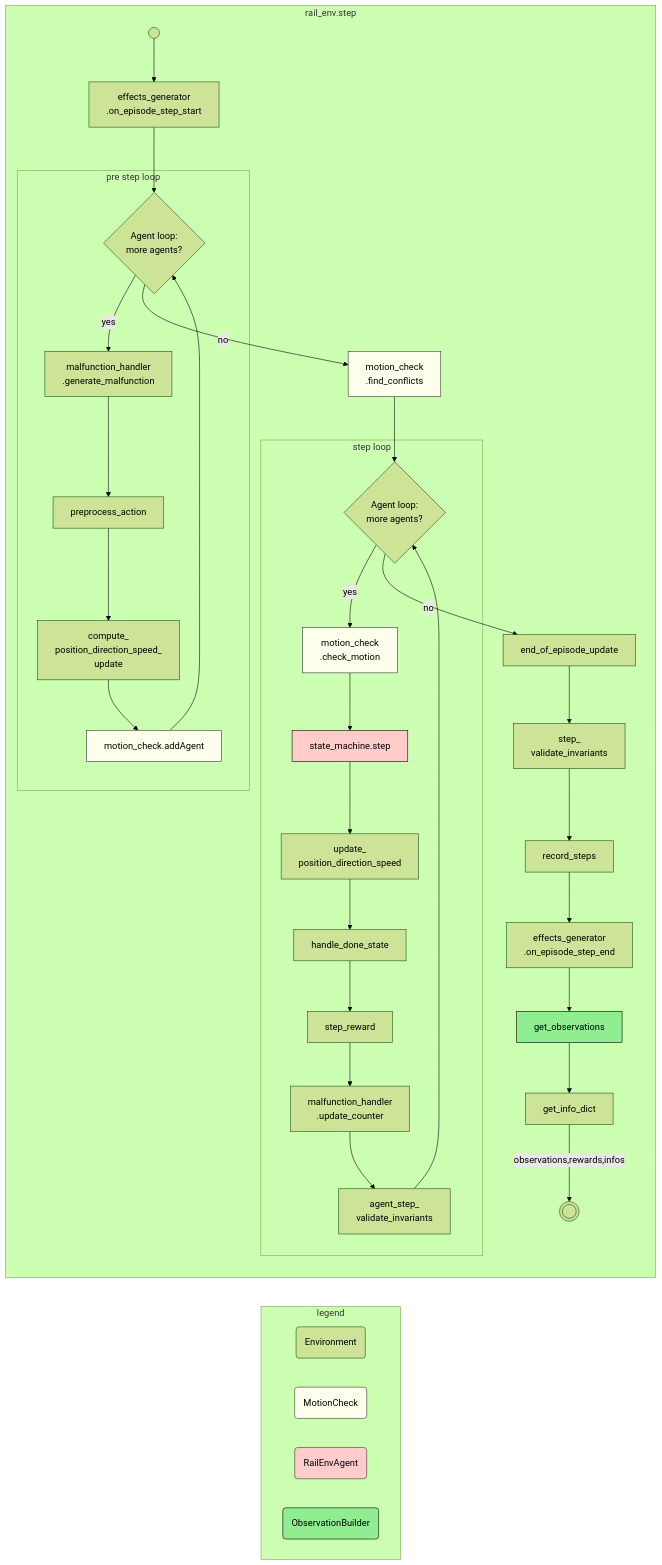
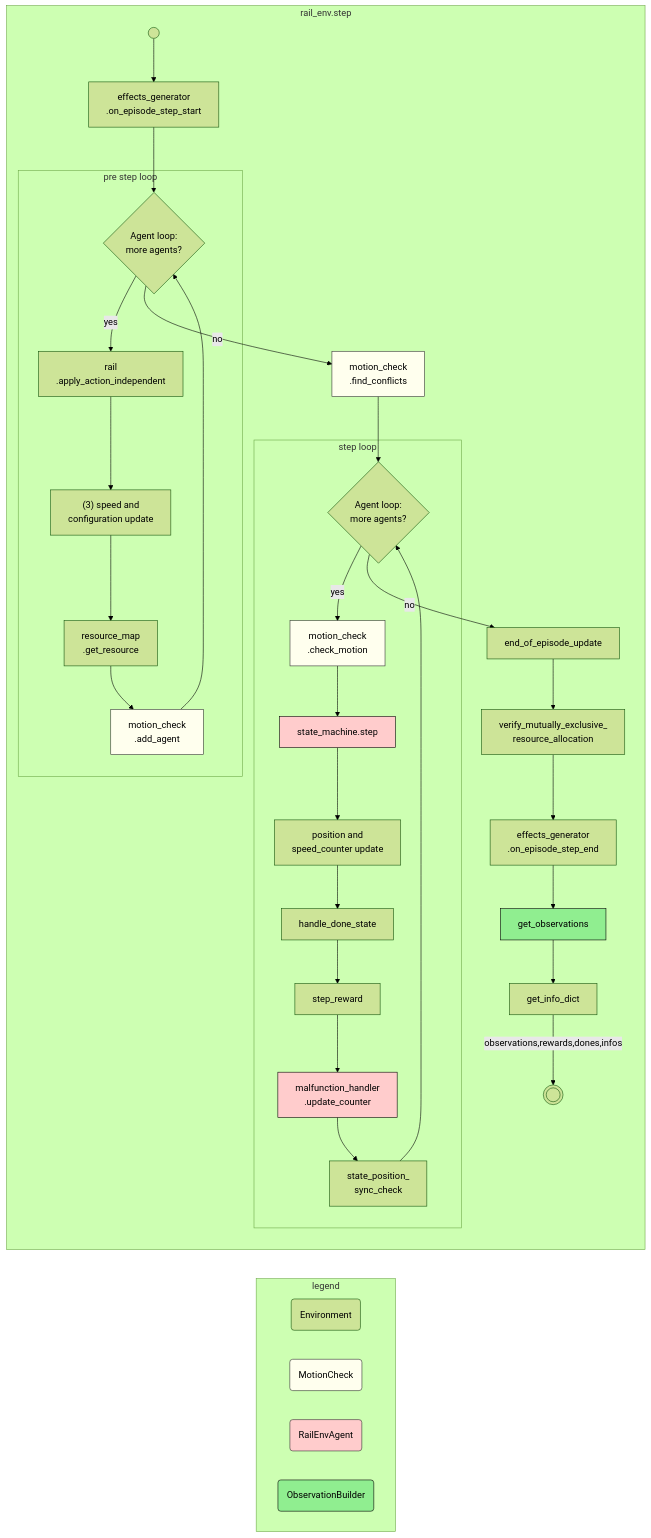
Before and after one commit to flatland-association/flatland-book: the fourth of 5 diagrams in key-concepts/key_concepts.md, drawn with Mermaid (forest theme). The commit also changed other lines of this file, not shown here.

Commit message:
docs(key-concepts): align RailEnv step runtime view with v4.3.0 step implementation.

````diff
--- a/key-concepts/key_concepts.md
+++ b/key-concepts/key_concepts.md
@@ -229,49 +229,49 @@
 ```mermaid
 flowchart TD
     subgraph rail_env.step
         direction TB
         start(("&nbsp;")) --> effects_generator.on_episode_step_start[effects_generator<br/>.on_episode_step_start]
         effects_generator.on_episode_step_start --> pre_step_loop
         subgraph pre_step_loop_ [pre step loop]
-            pre_step_loop{Agent loop:<br/> more agents?} -->|yes| generate_malfunction[malfunction_handler<br/>.generate_malfunction]
-            generate_malfunction --> preprocess_action
-            preprocess_action --> compute_position_direction_speed_update[compute_<br/>position_direction_speed_<br/>update]
-            compute_position_direction_speed_update --> motion_check.addAgent
-            motion_check.addAgent --> pre_step_loop
+            pre_step_loop{Agent loop:<br/> more agents?} -->|yes| rail.apply_action_independent[rail<br/>.apply_action_independent]
+            rail.apply_action_independent --> speed_and_configuration_update["(3) speed and<br/>configuration update"]
+            speed_and_configuration_update --> resource_map.get_resource[resource_map<br/>.get_resource]
+            resource_map.get_resource --> motion_check.add_agent[motion_check<br/>.add_agent]
+            motion_check.add_agent --> pre_step_loop
         end
         pre_step_loop -->|no| motion_check.find_conflicts[motion_check<br/>.find_conflicts]
         motion_check.find_conflicts --> step_loop
         subgraph step_loop_ [step loop]
             step_loop{Agent loop:<br/> more agents?} -->|yes| motion_check.check_motion[motion_check<br/>.check_motion]
             motion_check.check_motion --> state_machine.step
-            state_machine.step --> update_position_direction_speed[update_<br/>position_direction_speed]
-            update_position_direction_speed --> handle_done_state
+            state_machine.step --> position_and_speed_counter_update["position and<br/>speed_counter update"]
+            position_and_speed_counter_update --> handle_done_state
             handle_done_state --> step_reward
             step_reward --> malfunction_handler.update_counter[malfunction_handler<br/>.update_counter]
-            malfunction_handler.update_counter --> agent_step_validate_invariants[agent_step_<br/>validate_invariants]
-            agent_step_validate_invariants --> step_loop
+            malfunction_handler.update_counter --> state_position_sync_check[state_position_<br/>sync_check]
+            state_position_sync_check --> step_loop
         end
         step_loop -->|no| end_of_episode_update
-        end_of_episode_update --> step_validate_invariants[step_<br/>validate_invariants]
-        step_validate_invariants --> record_steps
-        record_steps --> effects_generator.on_episode_step_end[effects_generator<br/>.on_episode_step_end]
+        end_of_episode_update --> verify_mutually_exclusive_resource_allocation[verify_mutually_exclusive_<br/>resource_allocation]
+        verify_mutually_exclusive_resource_allocation --> effects_generator.on_episode_step_end[effects_generator<br/>.on_episode_step_end]
         effects_generator.on_episode_step_end --> get_observations
         get_observations --> get_info_dict
-        get_info_dict -->|observations,rewards,infos| end_((("&nbsp;")))
+        get_info_dict -->|observations,rewards,dones,infos| end_((("&nbsp;")))
     end
     subgraph legend
         Environment(Environment)
         MotionCheck(MotionCheck)
         RailEnvAgent(RailEnvAgent)
         ObservationBuilder(ObservationBuilder)
     end
     style MotionCheck fill: #ffe, stroke: #333, stroke-width: 1px, color: black
     style motion_check.check_motion fill: #ffe, stroke: #333, stroke-width: 1px, color: black
     style motion_check.find_conflicts fill: #ffe, stroke: #333, stroke-width: 1px, color: black
-    style motion_check.addAgent fill: #ffe, stroke: #333, stroke-width: 1px, color: black
+    style motion_check.add_agent fill: #ffe, stroke: #333, stroke-width: 1px, color: black
     style RailEnvAgent fill: #fcc, stroke: #333, stroke-width: 1px, color: black
     style state_machine.step fill: #fcc, stroke: #000, stroke-width: 1px, color: black
+    style malfunction_handler.update_counter fill: #fcc, stroke: #000, stroke-width: 1px, color: black
     style ObservationBuilder fill: #90ee90, stroke: #000, stroke-width: 1px, color: black
     style get_observations fill: #90ee90, stroke: #000, stroke-width: 1px, color: black
     rail_env.step ~~~ legend
 ```
````
